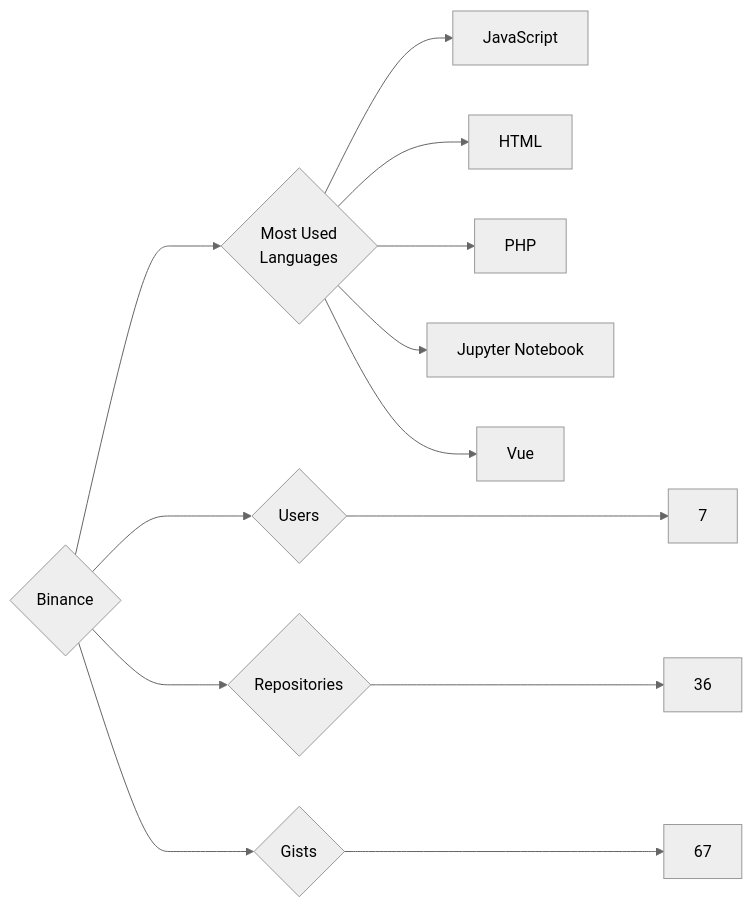
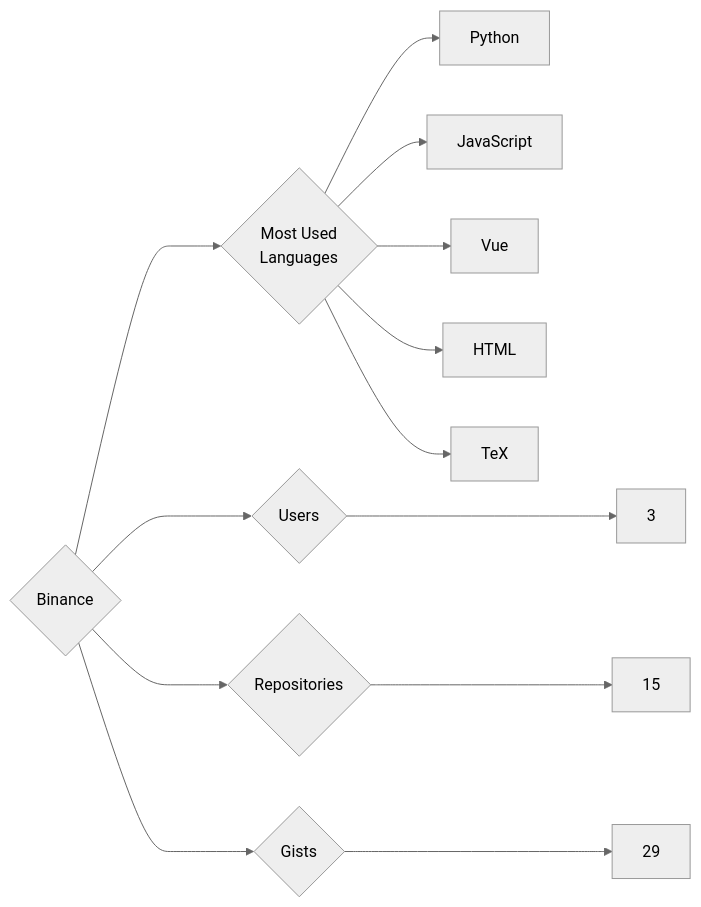
One commit to trickest/insiders changed the diagram in targets/Binance/README.md. Above: the diagram before and after it, drawn with Mermaid (neutral theme). The commit also changed 1084 other files, not shown here.

````diff
--- a/targets/Binance/README.md
+++ b/targets/Binance/README.md
@@ -3,13 +3,13 @@
 ```mermaid
 graph LR
 COMPANY_NAME{Binance}
-COMPANY_NAME ---> U{Users} ---> UN[7]
-COMPANY_NAME ---> R{Repositories} ---> RN[36]
-COMPANY_NAME ---> G{Gists} ---> GN[67]
+COMPANY_NAME ---> U{Users} ---> UN[3]
+COMPANY_NAME ---> R{Repositories} ---> RN[15]
+COMPANY_NAME ---> G{Gists} ---> GN[29]
 COMPANY_NAME ---> ML{Most Used<br>Languages}
+ML --> Python[Python]
 ML --> JavaScript[JavaScript]
+ML --> Vue[Vue]
 ML --> HTML[HTML]
-ML --> PHP[PHP]
-ML --> Jupyter_Notebook[Jupyter Notebook]
-ML --> Vue[Vue]
+ML --> TeX[TeX]
 ```
````
